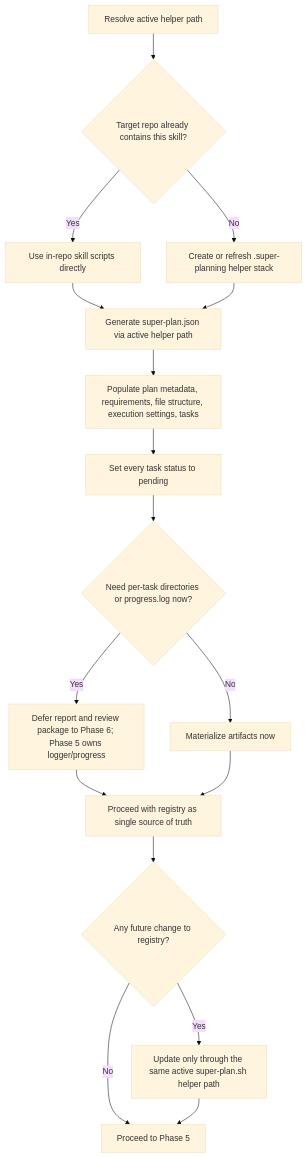
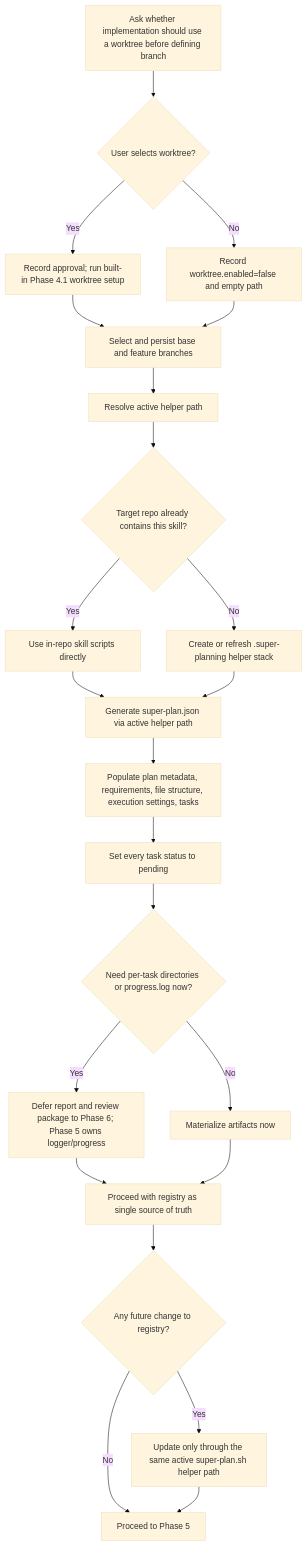
The sixth of 11 diagrams in dist/skills/super-planning/docs/AGENT-DECISION-FLOW.md (gugacarbo/agents-skills), drawn with Mermaid (base theme) before and after one commit. The commit also changed other lines of this file and 68 other files, not shown here.

Commit message:
feat(super-planning): add portable watchdog templates

````diff
--- a/dist/skills/super-planning/docs/AGENT-DECISION-FLOW.md
+++ b/dist/skills/super-planning/docs/AGENT-DECISION-FLOW.md
@@ -135,19 +135,25 @@
 ```mermaid
 flowchart TD
-    A["Resolve active helper path"] --> B{"Target repo already contains this skill?"}
-    B -->|Yes| C["Use in-repo skill scripts directly"]
-    B -->|No| D["Create or refresh .super-planning helper stack"]
-    C --> E["Generate super-plan.json via active helper path"]
-    D --> E
-    E --> F["Populate plan metadata, requirements, file structure, execution settings, tasks"]
-    F --> G["Set every task status to pending"]
-    G --> H{"Need per-task directories or progress.log now?"}
-    H -->|Yes| I["Defer report and review package to Phase 6; Phase 5 owns logger/progress"]
-    H -->|No| J["Materialize artifacts now"]
-    I --> K["Proceed with registry as single source of truth"]
-    J --> K
-    K --> L{"Any future change to registry?"}
-    L -->|Yes| M["Update only through the same active super-plan.sh helper path"]
-    L -->|No| N["Proceed to Phase 5"]
-    M --> N
+    A["Ask whether implementation should use a worktree before defining branch"] --> A1{"User selects worktree?"}
+    A1 -->|Yes| A2["Record approval; run built-in Phase 4.1 worktree setup"]
+    A1 -->|No| A3["Record worktree.enabled=false and empty path"]
+    A2 --> B["Select and persist base and feature branches"]
+    A3 --> B
+    B --> C["Resolve active helper path"]
+    C --> D{"Target repo already contains this skill?"}
+    D -->|Yes| E["Use in-repo skill scripts directly"]
+    D -->|No| F["Create or refresh .super-planning helper stack"]
+    E --> G["Generate super-plan.json via active helper path"]
+    F --> G
+    G --> H["Populate plan metadata, requirements, file structure, execution settings, tasks"]
+    H --> I["Set every task status to pending"]
+    I --> J{"Need per-task directories or progress.log now?"}
+    J -->|Yes| K["Defer report and review package to Phase 6; Phase 5 owns logger/progress"]
+    J -->|No| L["Materialize artifacts now"]
+    K --> M["Proceed with registry as single source of truth"]
+    L --> M
+    M --> N{"Any future change to registry?"}
+    N -->|Yes| O["Update only through the same active super-plan.sh helper path"]
+    N -->|No| P["Proceed to Phase 5"]
+    O --> P
 ```
````
